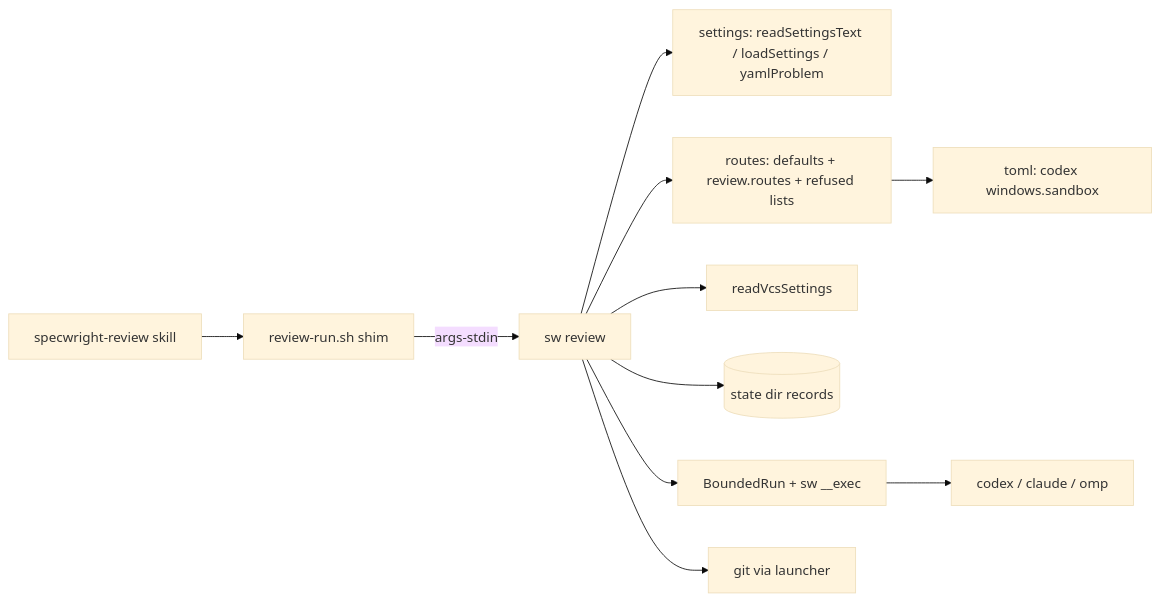
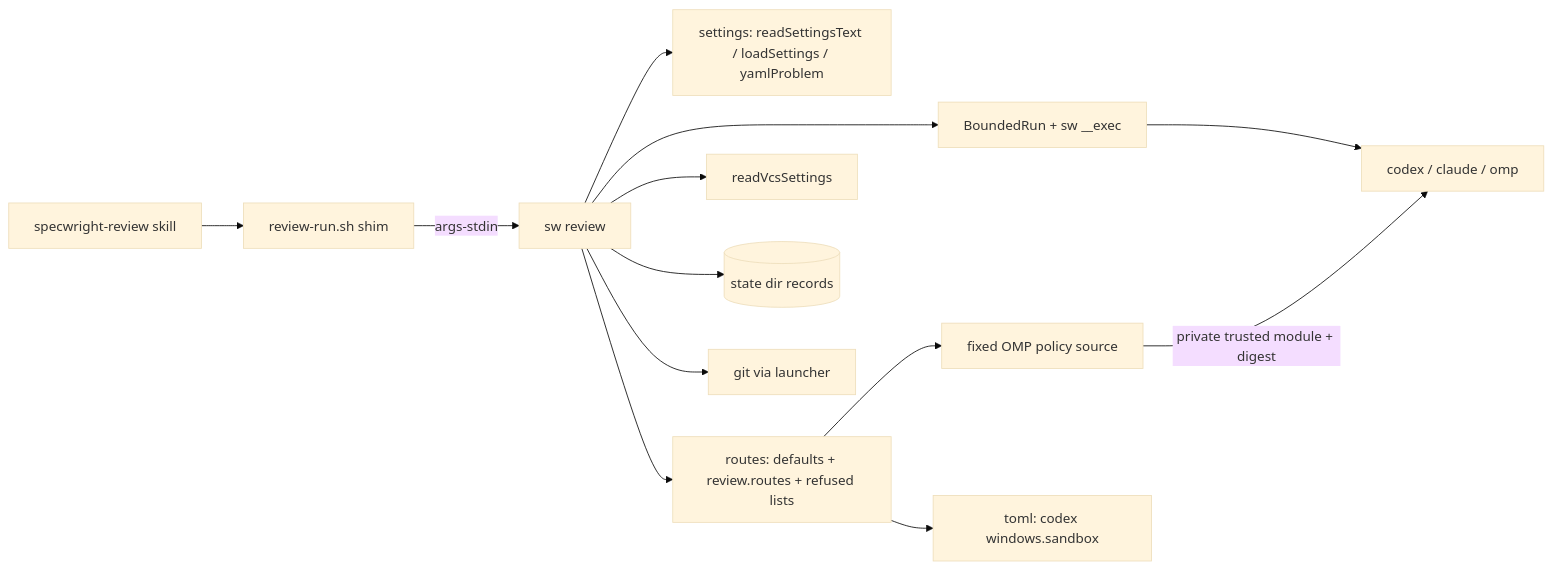
Before and after one commit to sh1ny/specwright: the first of 3 diagrams in openspec/changes/native-cli-review/design.md, drawn with Mermaid (base theme). The commit also changed other lines of this file and 6 other files, not shown here.

````diff
--- a/openspec/changes/native-cli-review/design.md
+++ b/openspec/changes/native-cli-review/design.md
@@ -190,13 +206,15 @@
 ```mermaid
 graph LR
   Skill[specwright-review skill] --> Shim[review-run.sh shim]
   Shim -->|args-stdin| Review[sw review]
   Review --> Settings[settings: readSettingsText / loadSettings / yamlProblem]
   Review --> Routes[routes: defaults + review.routes + refused lists]
   Review --> Vcs[readVcsSettings]
   Review --> Records[(state dir records)]
   Review --> BR[BoundedRun + sw __exec]
   BR --> CLI[codex / claude / omp]
   Review --> Git[git via launcher]
+  Routes --> Policy[fixed OMP policy source]
+  Policy -->|private trusted module + digest| CLI
   Routes --> Toml[toml: codex windows.sandbox]
 ```
````
